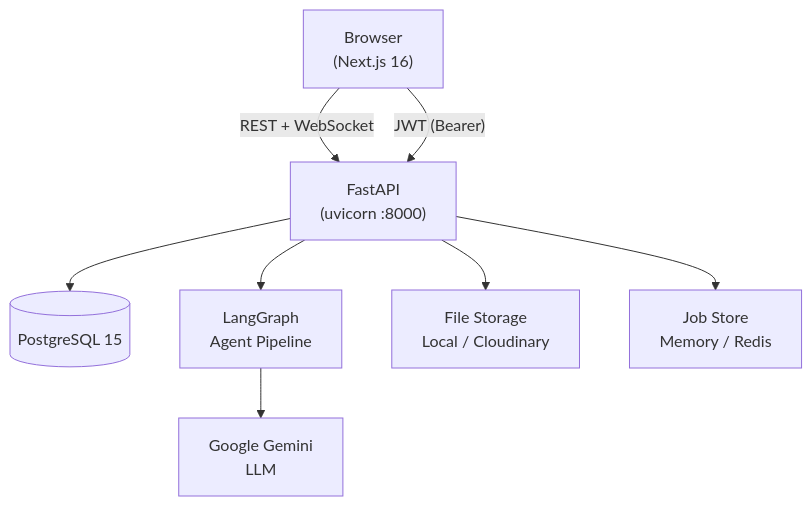
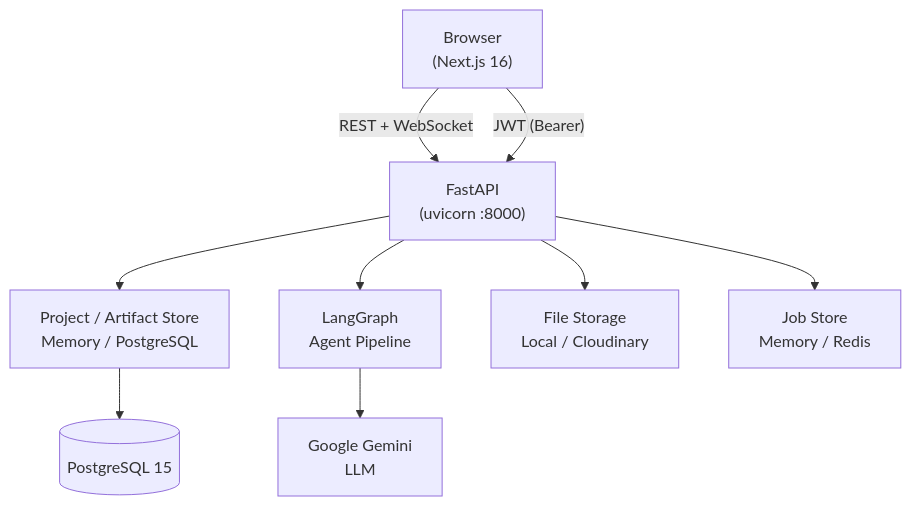
One commit to Ade-yem/design-suite changed the second of 2 diagrams in README.md. Above: the diagram before and after it, drawn with Mermaid. The commit also changed other lines of this file, not shown here.

First line of the commit message:
Update README: artifacts, memory-first storage, CI test setup

````diff
--- a/README.md
+++ b/README.md
@@ -35,10 +37,11 @@
 ```mermaid
 graph TD
     Browser["Browser\n(Next.js 16)"] -- "REST + WebSocket" --> API["FastAPI\n(uvicorn :8000)"]
-    API --> DB[("PostgreSQL 15")]
+    API --> PS["Project / Artifact Store\nMemory / PostgreSQL"]
+    PS --> DB[("PostgreSQL 15")]
     API --> LG["LangGraph\nAgent Pipeline"]
     LG --> Gemini["Google Gemini\nLLM"]
     API --> FS["File Storage\nLocal / Cloudinary"]
     API --> JS["Job Store\nMemory / Redis"]
     Browser -- "JWT (Bearer)" --> API
 ```
````
